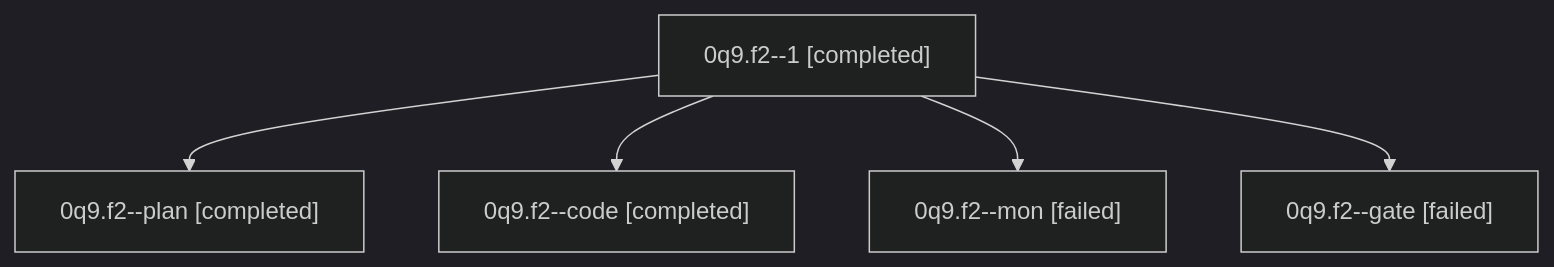
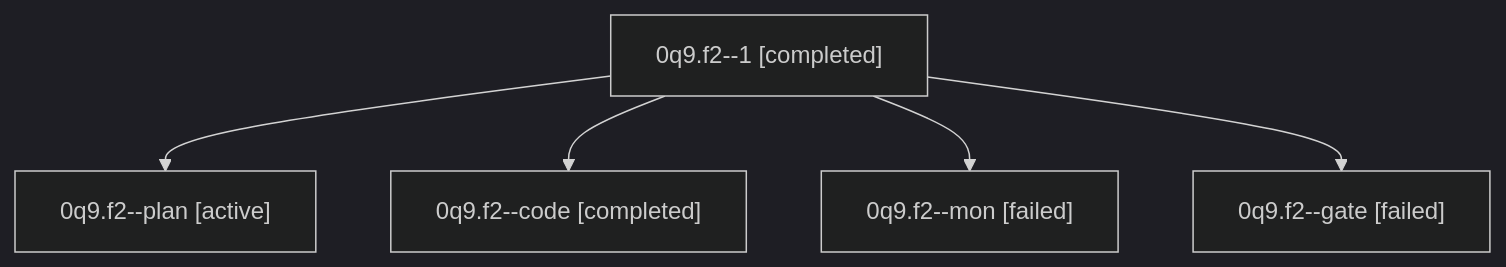
The diagram in families/bbugyi200.athena.0q9.f2.md (sase-org/sase--agents), drawn with Mermaid (dark theme) before and after one commit. The commit also changed other lines of this file and 35830 other files, not shown here.

````diff
--- a/families/bbugyi200.athena.0q9.f2.md
+++ b/families/bbugyi200.athena.0q9.f2.md
@@ -9,12 +9,12 @@
 ```mermaid
 flowchart TD
   n0["0q9.f2--1 [completed]"]
-  n1["0q9.f2--plan [completed]"]
+  n1["0q9.f2--plan [active]"]
   n0 --> n1
   n2["0q9.f2--code [completed]"]
   n0 --> n2
   n3["0q9.f2--mon [failed]"]
   n0 --> n3
   n4["0q9.f2--gate [failed]"]
   n0 --> n4
 ```
````
